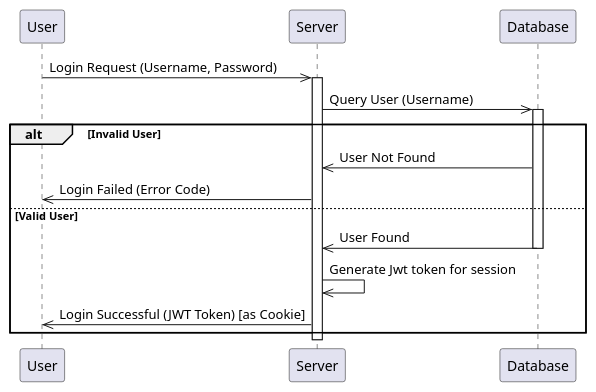
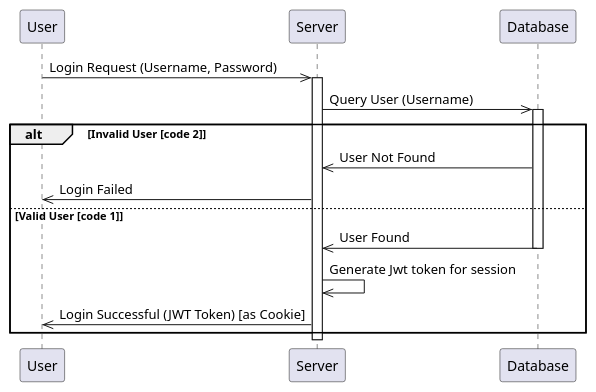
The diagram in doc/sequence/auth.puml (ABabhulkar/SimProject), drawn with PlantUML before and after one commit. The commit also changed 1 other file, not shown here.

Commit message:
[sc-43] Fixed minor issues in diagrams (#8)

```diff
--- a/doc/sequence/auth.puml
+++ b/doc/sequence/auth.puml
@@ -1,20 +1,20 @@
 @startuml
 participant User
 participant Server
 participant Database
 
 User->>Server: Login Request (Username, Password)
 activate Server
 Server->>Database: Query User (Username)
 activate Database
-alt Invalid User
+alt Invalid User [code 2]
   Database->>Server: User Not Found
-  Server->>User: Login Failed (Error Code)
-else Valid User 
+  Server->>User: Login Failed
+else Valid User [code 1]
   Database->>Server: User Found
   deactivate Database
   Server->>Server: Generate Jwt token for session
   Server->>User: Login Successful (JWT Token) [as Cookie]
 end
 deactivate Server
 @enduml
```
